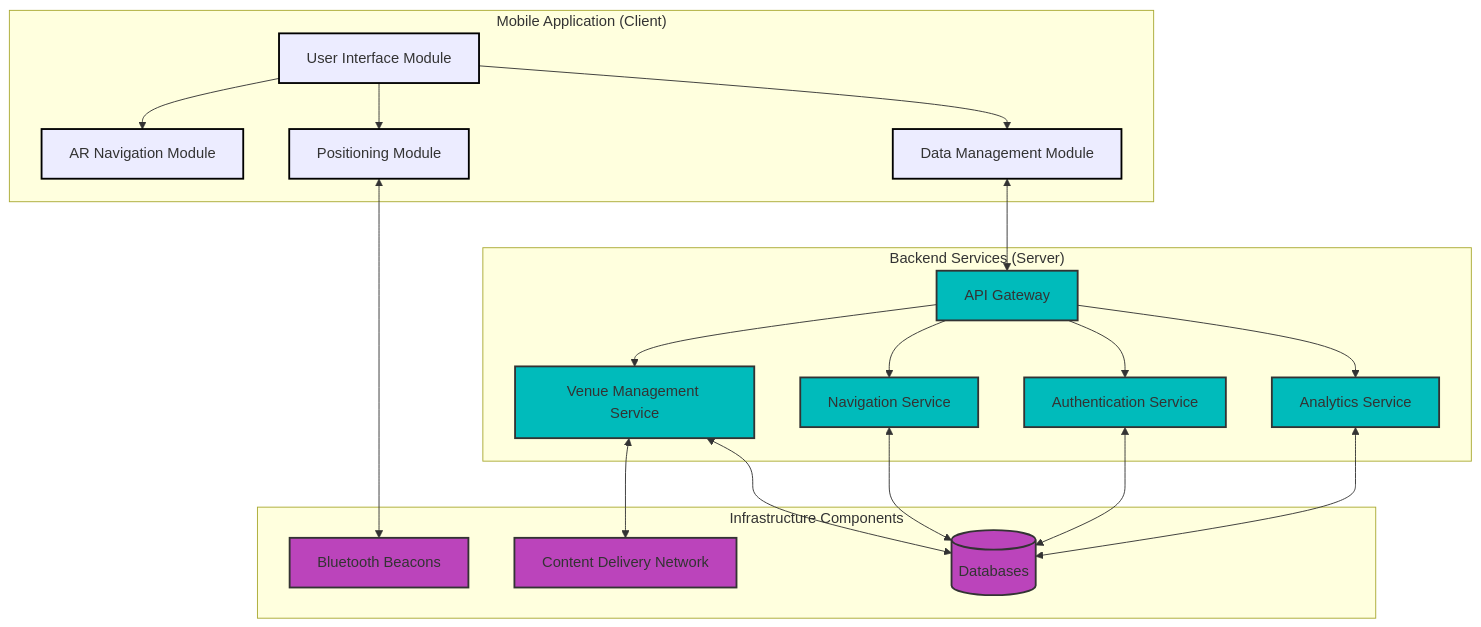
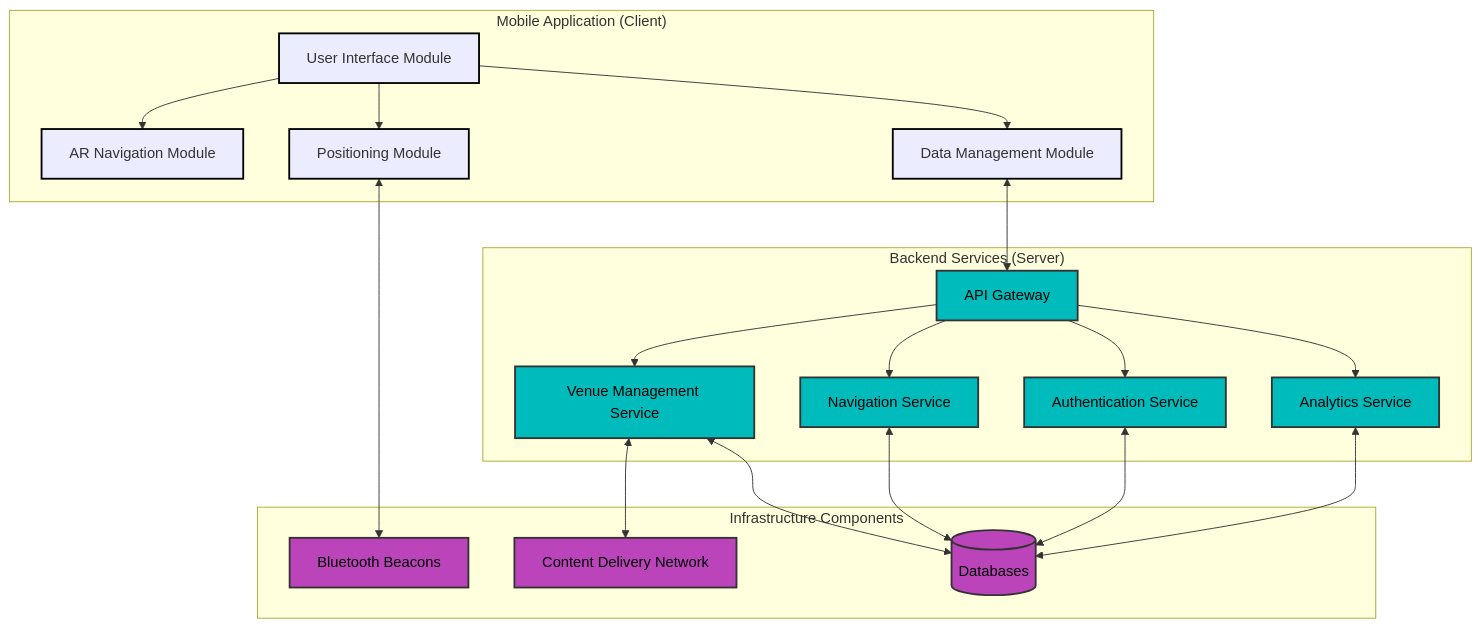
Before and after one commit to Bistrel2002/MOONSHOT-PROJECT: the first of 6 diagrams in TechnicalSpecification/technicalSpecification.md, drawn with Mermaid. The commit also changed other lines of this file, not shown here.

````diff
--- a/TechnicalSpecification/technicalSpecification.md
+++ b/TechnicalSpecification/technicalSpecification.md
@@ -85,51 +85,51 @@
 ```mermaid
 flowchart TB
     subgraph "Mobile Application (Client)"
         AR[AR Navigation Module]
         POS[Positioning Module]
         UI[User Interface Module]
         DATA[Data Management Module]
     end
     
     subgraph "Backend Services (Server)"
         API[API Gateway]
         AUTH[Authentication Service]
         VMS[Venue Management Service]
         NAV[Navigation Service]
         ANALYTICS[Analytics Service]
     end
     
     subgraph "Infrastructure Components"
         BEACONS[Bluetooth Beacons]
         CDN[Content Delivery Network]
         DB[(Databases)]
     end
     
     UI --> AR
     UI --> POS
     UI --> DATA
     
     DATA <--> API
     POS <--> BEACONS
     
     API --> AUTH
     API --> VMS
     API --> NAV
     API --> ANALYTICS
     
     VMS <--> DB
     NAV <--> DB
     AUTH <--> DB
     ANALYTICS <--> DB
     
     VMS <--> CDN
     
     classDef client fill:000,stroke:#000,stroke-width:2px
-    classDef server fill:#0bb,stroke:#333,stroke-width:2px
-    classDef infra fill:#b4b,stroke:#333,stroke-width:2px
+    classDef server fill:#0bb,stroke:#333,stroke-width:2px,color:#000;
+    classDef infra fill:#b4b,stroke:#333,stroke-width:2px,color:#000;
     
     class AR,POS,UI,DATA client
     class API,AUTH,VMS,NAV,ANALYTICS server
     class BEACONS,CDN,DB infra
 
 ```
````
